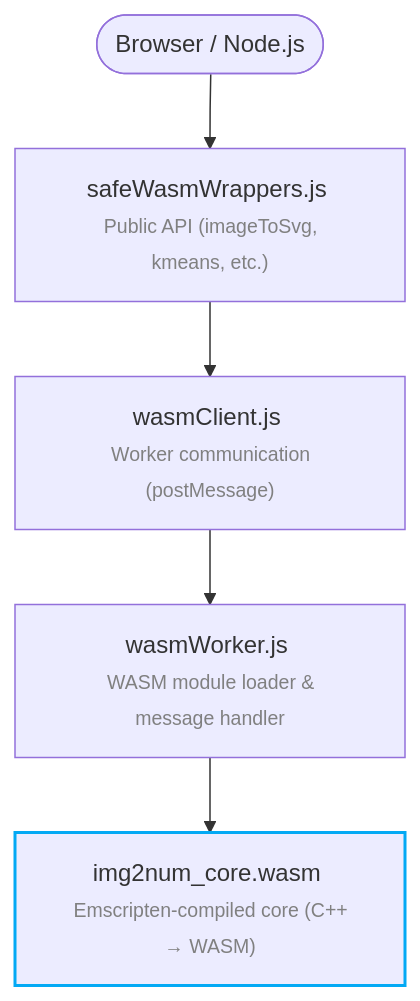
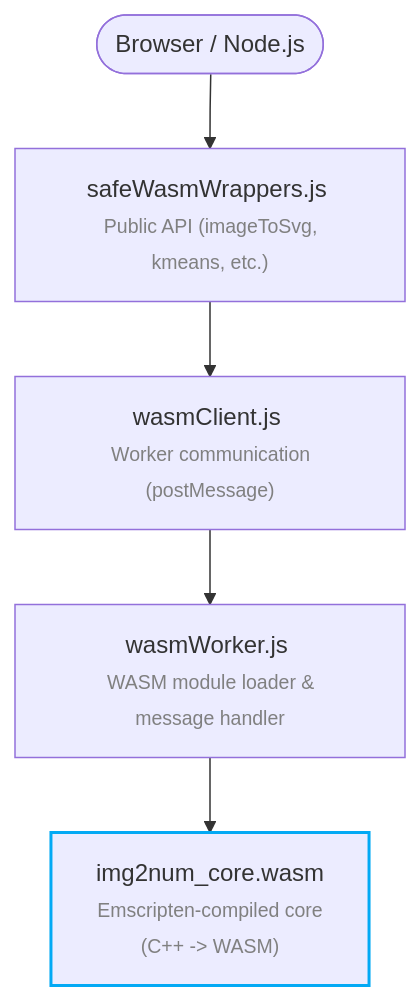
Before and after one commit to Ryan-Millard/Img2Num: the diagram in docs/docs/js/docs/index.md, drawn with Mermaid. The commit also changed 21 other files, not shown here.

````diff
--- a/docs/docs/js/docs/index.md
+++ b/docs/docs/js/docs/index.md
@@ -7,15 +7,15 @@
 ```mermaid
 graph TD
 A([Browser / Node.js]) --> B
 B["safeWasmWrappers.js <br> <font size=2 color=gray>Public API (imageToSvg, kmeans, etc.)</font>"]
 C["wasmClient.js <br> <font size=2 color=gray>Worker communication (postMessage)</font>"]
 D["wasmWorker.js <br> <font size=2 color=gray>WASM module loader & message handler</font>"]
-E["img2num_core.wasm <br> <font size=2 color=gray>Emscripten-compiled core (C++ → WASM)</font>"]
+E["img2num_core.wasm <br> <font size=2 color=gray>Emscripten-compiled core<br />(C++ -> WASM)</font>"]
 
 B --> C
 C --> D
 D --> E
 
 %% Accent the WASM core binary box
 style E stroke:#03a9f4,stroke-width:2px
 ```
````
